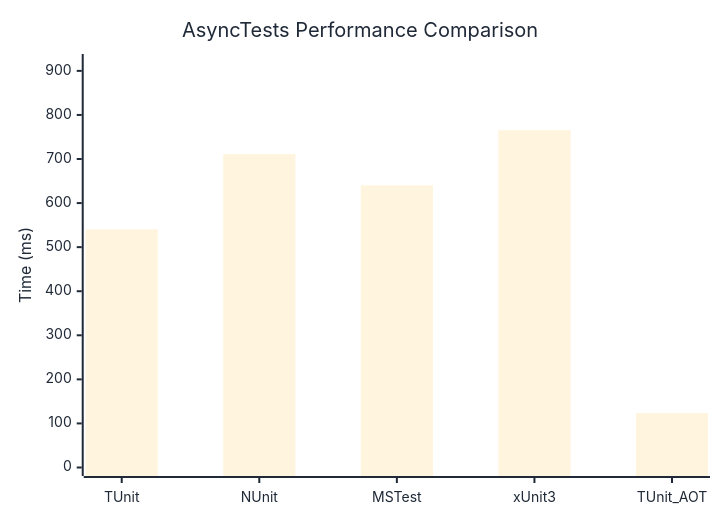
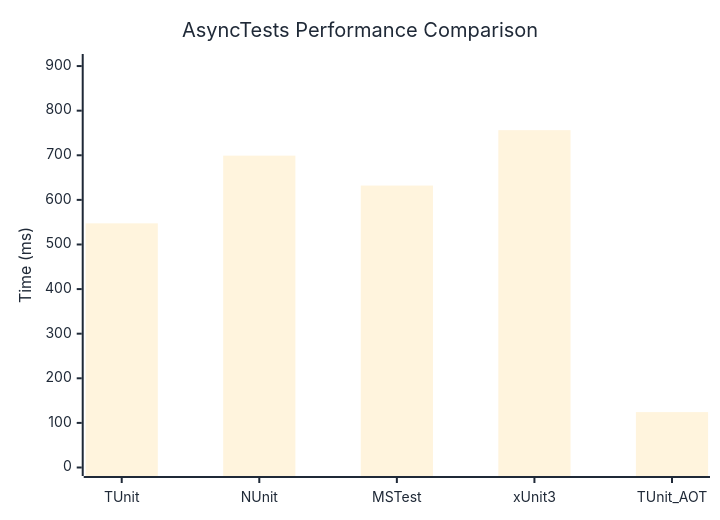
Before and after one commit to thomhurst/TUnit: the diagram in docs/docs/benchmarks/AsyncTests.md, drawn with Mermaid. The commit also changed other lines of this file and 17 other files, not shown here.

````diff
--- a/docs/docs/benchmarks/AsyncTests.md
+++ b/docs/docs/benchmarks/AsyncTests.md
@@ -27,37 +27,37 @@
 ```mermaid
 %%{init: {
   'theme':'base',
   'themeVariables': {
     'primaryColor': '#2563eb',
     'primaryTextColor': '#1f2937',
     'primaryBorderColor': '#1e40af',
     'lineColor': '#6b7280',
     'secondaryColor': '#7c3aed',
     'tertiaryColor': '#dc2626',
     'background': '#ffffff',
     'mainBkg': '#2563eb',
     'secondBkg': '#7c3aed',
     'tertiaryBkg': '#dc2626',
     'clusterBkg': '#f3f4f6',
     'edgeLabelBackground': '#ffffff',
     'tertiaryTextColor': '#1f2937',
     'pie1': '#2563eb',
     'pie2': '#7c3aed',
     'pie3': '#dc2626',
     'pie4': '#f59e0b',
     'pie5': '#10b981',
     'pie6': '#06b6d4',
     'pie7': '#ec4899',
     'pie8': '#6366f1',
     'pie9': '#84cc16',
     'pie10': '#f97316',
     'pie11': '#14b8a6',
     'pie12': '#a855f7'
   }
 }}%%
 xychart-beta
   title "AsyncTests Performance Comparison"
   x-axis ["TUnit", "NUnit", "MSTest", "xUnit3", "TUnit_AOT"]
-  y-axis "Time (ms)" 0 --> 919
-  bar [540.2, 711.1, 640.3, 765.4, 123.6]
+  y-axis "Time (ms)" 0 --> 908
+  bar [547.4, 699.2, 632.1, 756.3, 124.2]
 ```
````
